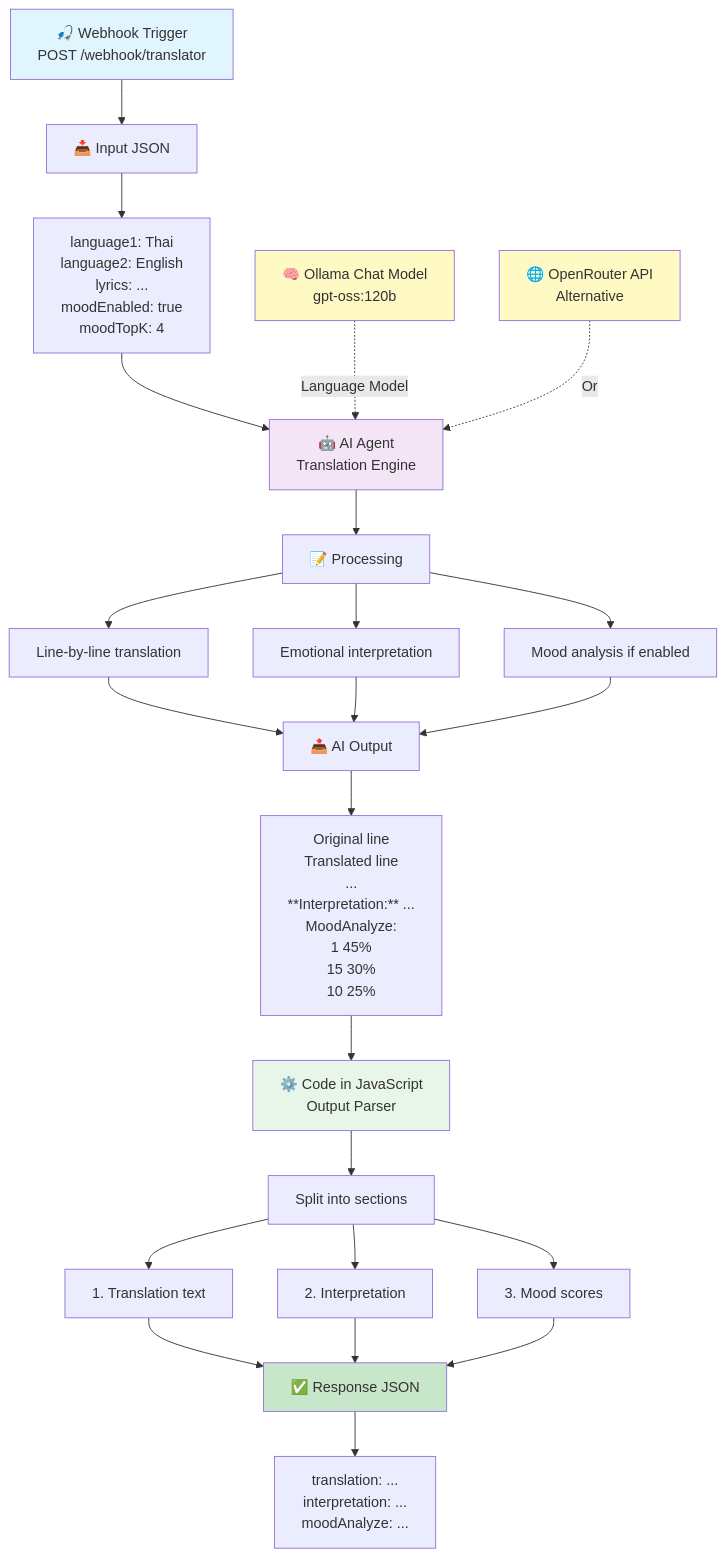
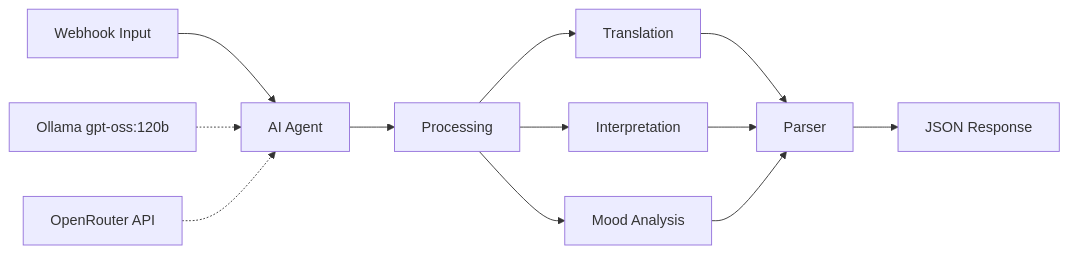
Before and after one commit to tikpoptv/MUSE-MUSIC: the fifth of 5 diagrams in DEPLOYMENT.md, drawn with Mermaid. The commit also changed other lines of this file, not shown here.

Commit message:
อัพเดท mermaid อันเมื่อกี้มองไม่เห็น

````diff
--- a/DEPLOYMENT.md
+++ b/DEPLOYMENT.md
@@ -550,42 +479,17 @@
 ```mermaid
-flowchart TD
-    A[🎣 Webhook Trigger<br/>POST /webhook/translator] --> A1[📥 Input JSON]
+flowchart LR
+    A[Webhook Input] --> B[AI Agent]
+    C[Ollama gpt-oss:120b] -.-> B
+    D[OpenRouter API] -.-> B
     
-    A1 --> A2[language1: Thai<br/>language2: English<br/>lyrics: ...<br/>moodEnabled: true<br/>moodTopK: 4]
+    B --> E[Processing]
+    E --> F[Translation]
+    E --> G[Interpretation]
+    E --> H[Mood Analysis]
     
-    A2 --> B[🤖 AI Agent<br/>Translation Engine]
+    F --> I[Parser]
+    G --> I
+    H --> I
     
-    C[🧠 Ollama Chat Model<br/>gpt-oss:120b] -.->|Language Model| B
-    D[🌐 OpenRouter API<br/>Alternative] -.->|Or| B
-    
-    B --> B1[📝 Processing]
-    B1 --> B2[Line-by-line translation]
-    B1 --> B3[Emotional interpretation]
-    B1 --> B4[Mood analysis if enabled]
-    
-    B2 --> E[📤 AI Output]
-    B3 --> E
-    B4 --> E
-    
-    E --> E1[Original line<br/>Translated line<br/>...<br/>**Interpretation:** ...<br/>MoodAnalyze:<br/>1 45%<br/>15 30%<br/>10 25%]
-    
-    E1 --> F[⚙️ Code in JavaScript<br/>Output Parser]
-    
-    F --> F1[Split into sections]
-    F1 --> F2[1. Translation text]
-    F1 --> F3[2. Interpretation]
-    F1 --> F4[3. Mood scores]
-    
-    F2 --> G[✅ Response JSON]
-    F3 --> G
-    F4 --> G
-    
-    G --> G1[translation: ...<br/>interpretation: ...<br/>moodAnalyze: ...]
-    
-    style A fill:#e1f5ff
-    style B fill:#f3e5f5
-    style C fill:#fff9c4
-    style D fill:#fff9c4
-    style F fill:#e8f5e9
-    style G fill:#c8e6c9
+    I --> J[JSON Response]
 ```
````
